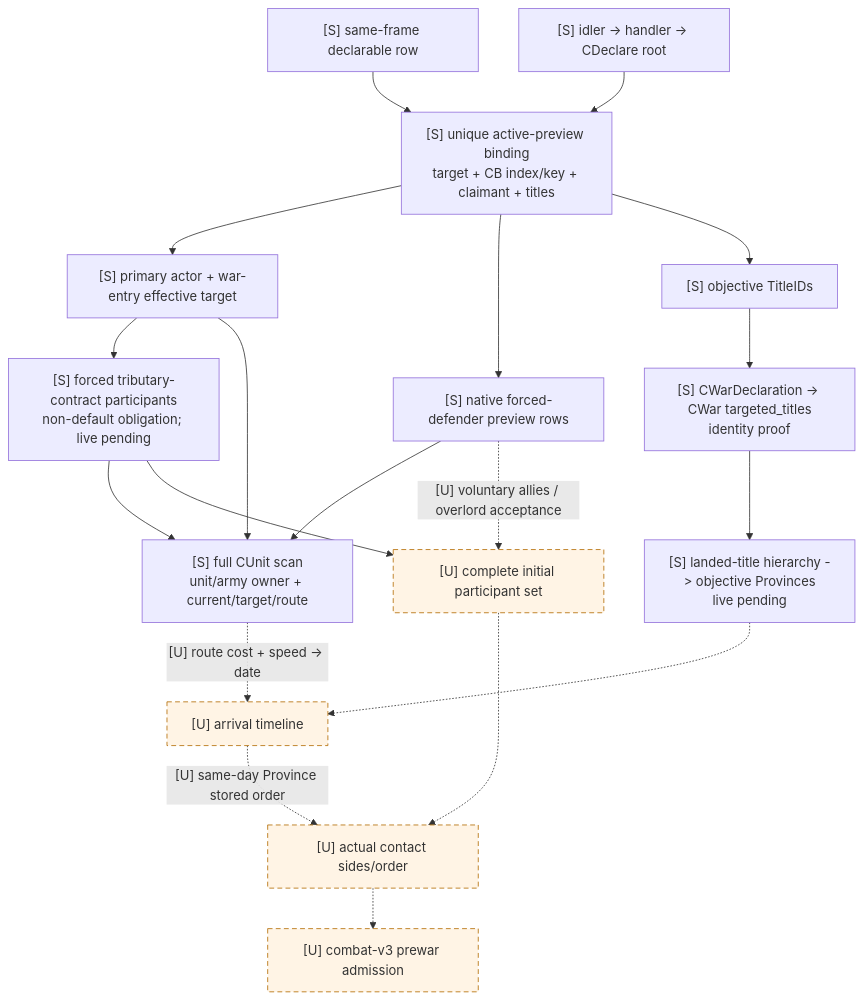
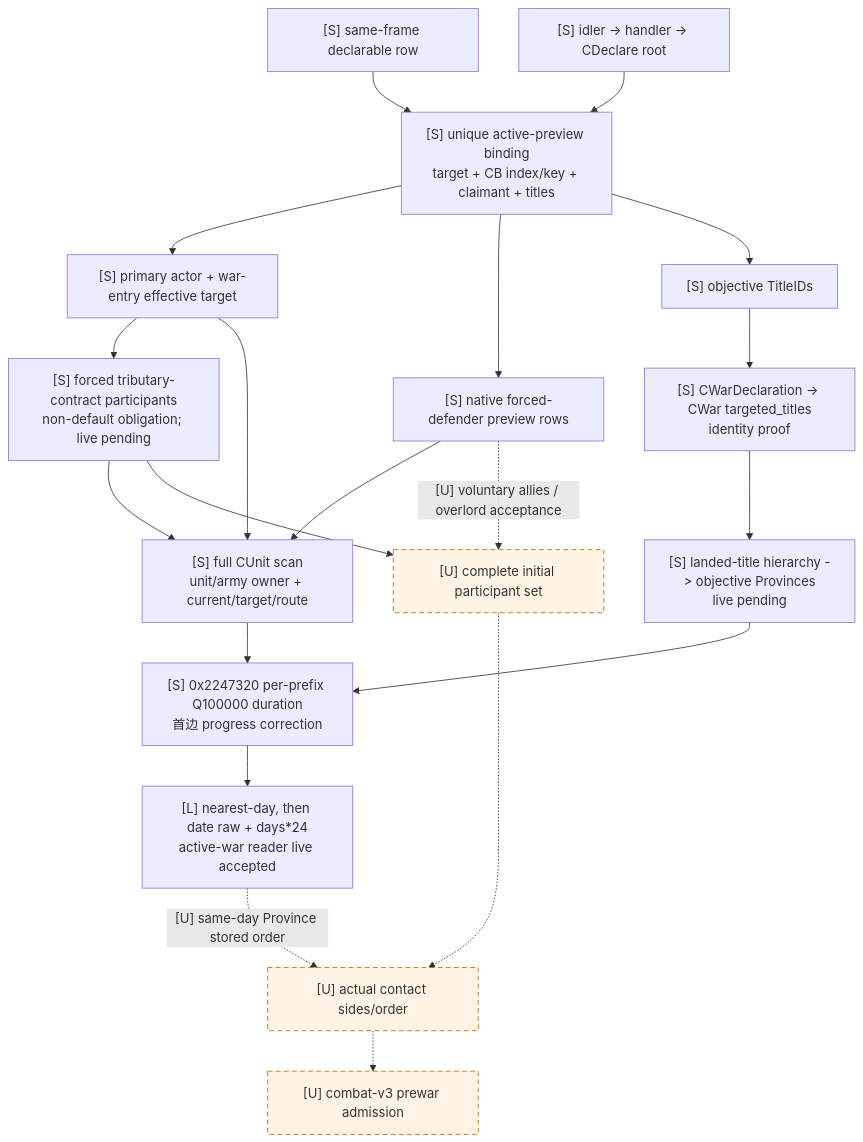
The diagram in docs/ck3-native-ai/prewar-encounter-inputs.md (XenoAmess/ck3_eternal_recurrence), drawn with Mermaid before and after one commit. The commit also changed other lines of this file and 26 other files, not shown here.

````diff
--- a/docs/ck3-native-ai/prewar-encounter-inputs.md
+++ b/docs/ck3-native-ai/prewar-encounter-inputs.md
@@ -429,23 +469,24 @@
 ```mermaid
 flowchart TD
     D["[S] same-frame declarable row"] --> B["[S] unique active-preview binding<br/>target + CB index/key + claimant + titles"]
     R["[S] idler -> handler -> CDeclare root"] --> B
     B --> P["[S] primary actor + war-entry effective target"]
     B --> F["[S] native forced-defender preview rows"]
     P --> S["[S] forced tributary-contract participants<br/>non-default obligation; live pending"]
     P --> U["[S] full CUnit scan<br/>unit/army owner + current/target/route"]
     F --> U
     S --> U
     B --> T["[S] objective TitleIDs"]
     F -. "[U] voluntary allies / overlord acceptance" .-> J["[U] complete initial participant set"]
     S --> J
     T --> W["[S] CWarDeclaration -> CWar targeted_titles<br/>identity proof"]
     W --> O["[S] landed-title hierarchy -> objective Provinces<br/>live pending"]
-    U -. "[U] route cost + speed -> date" .-> A["[U] arrival timeline"]
-    O -.-> A
+    U --> Q["[S] 0x2247320 per-prefix Q100000 duration<br/>首边 progress correction"]
+    O --> Q
+    Q --> A["[L] nearest-day, then date raw + days*24<br/>active-war reader live accepted"]
     A -. "[U] same-day Province stored order" .-> C["[U] actual contact sides/order"]
     J -.-> C
     C -.-> V["[U] combat-v3 prewar admission"]
     classDef unknown stroke-dasharray: 6 4,fill:#fff4e5,stroke:#b36b00;
-    class J,A,C,V unknown;
+    class J,C,V unknown;
 ```
````
